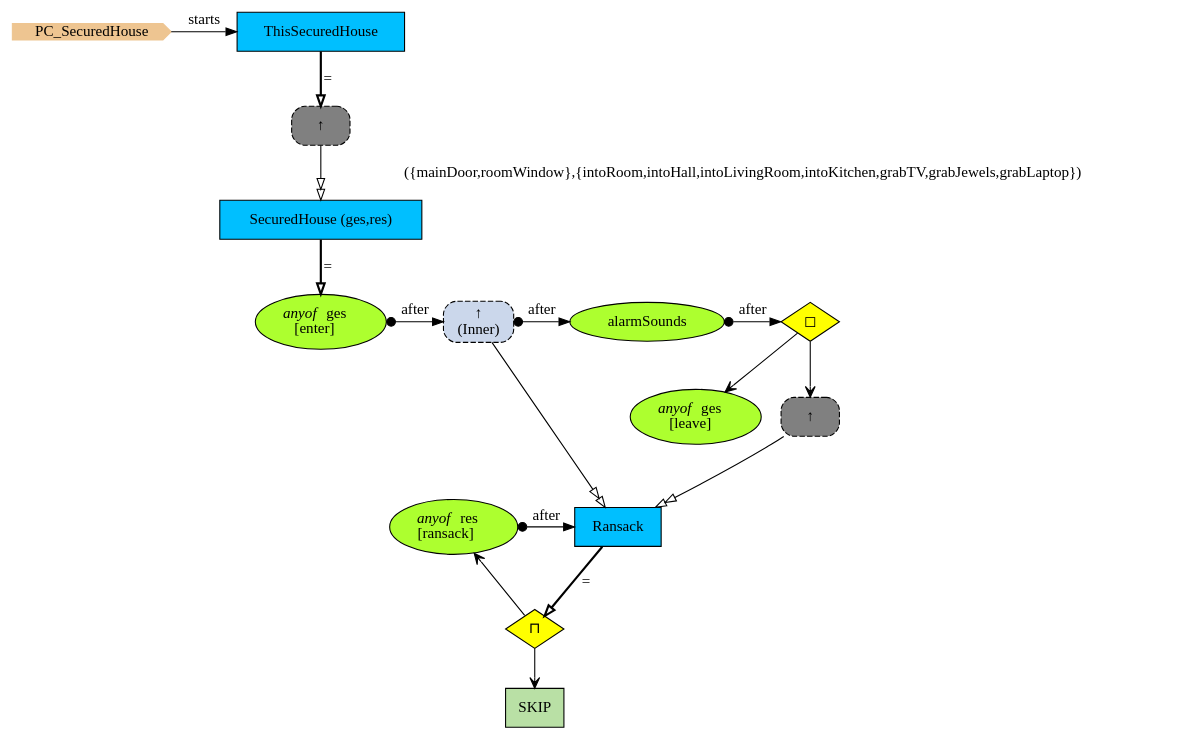
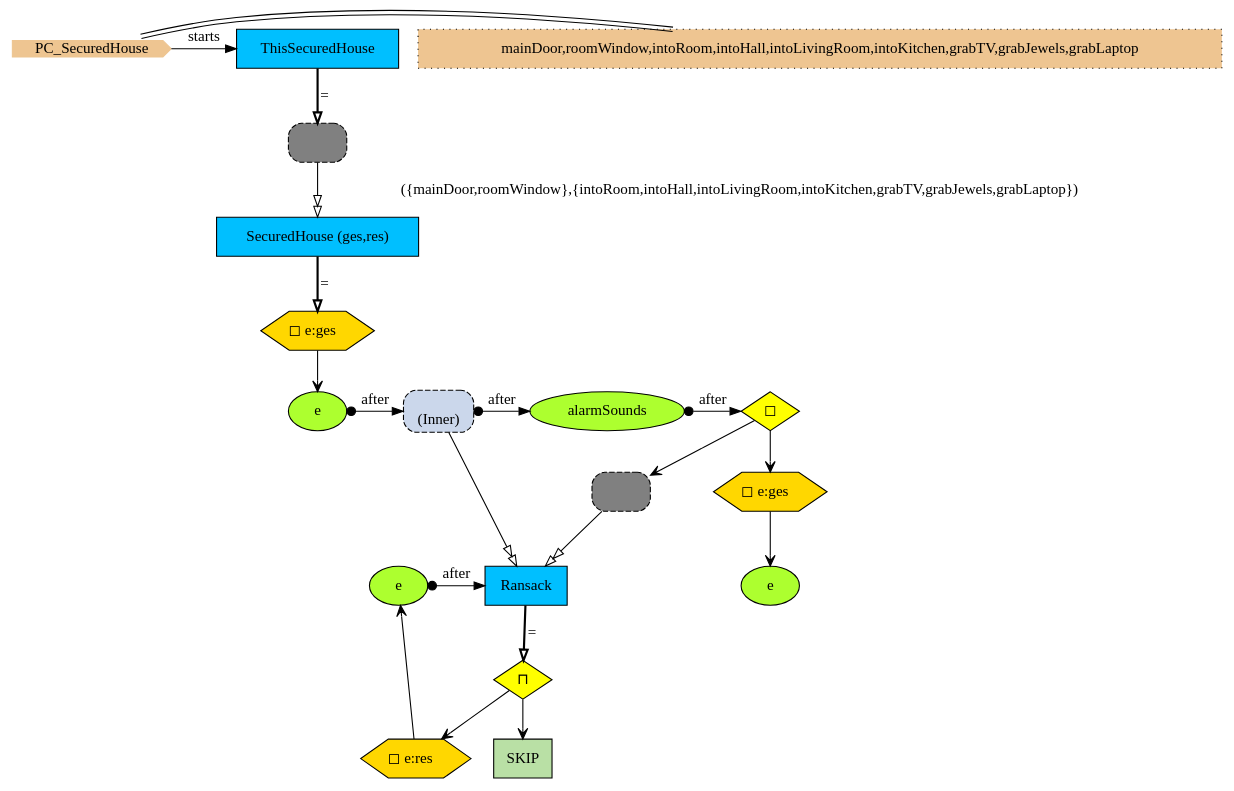
One commit to namalio/Fragmenta changed the diagram in Haskell/PCs/Examples/img/PC_SecuredHouse.gv. Above: the diagram before and after it, drawn with Graphviz. The commit also changed 100 other files, not shown here.

```diff
--- a/Haskell/PCs/Examples/img/PC_SecuredHouse.gv
+++ b/Haskell/PCs/Examples/img/PC_SecuredHouse.gv
@@ -1,39 +1,49 @@
 digraph {
+
 StartN_ [shape = cds,color=burlywood2,style=filled,height=.2,width=.2, label =PC_SecuredHouse];
-ThisSecuredHouse [shape=box,fillcolor=deepskyblue,style = filled,label="ThisSecuredHouse "];
+
+StartN__ps[shape=rect,fillcolor=burlywood2,style="filled,dotted",label="mainDoor,roomWindow,intoRoom,intoHall,intoLivingRoom,intoKitchen,grabTV,grabJewels,grabLaptop"];
+StartN_->StartN__ps [dir=none,color="black:invis:black"];
+{rank=same;StartN_,StartN__ps}
+RefSecuredHouse [shape=rectangle,fillcolor=gray,style="rounded,filled,dashed",label=""];
+enterQ [shape=hexagon,fillcolor=gold1,style=filled,label=<◻︎ e:ges>];
 SecuredHouse [shape=box,fillcolor=deepskyblue,style = filled,label="SecuredHouse (ges,res)"];
-Ransack [shape=box,fillcolor=deepskyblue,style = filled,label="Ransack "];
+Ransack [shape=box,fillcolor=deepskyblue,style = filled,label="Ransack"];
+ransack [shape=ellipse,fillcolor=greenyellow,style=filled,label="e"];
+RefRansack [shape=rectangle,fillcolor="#CBD7EB",style="rounded,filled,dashed",label="
+(Inner)"];
+OpFinal [shape=diamond,fillcolor=yellow,style=filled,label="◻︎"];
+leaveQ [shape=hexagon,fillcolor=gold1,style=filled,label=<◻︎ e:ges>];
+leave [shape=ellipse,fillcolor=greenyellow,style=filled,label="e"];
+RefRansack2 [shape=rectangle,fillcolor=gray,style="rounded,filled,dashed",label=""];
+alarmSounds [shape=ellipse,fillcolor=greenyellow,style=filled,label="alarmSounds"];
 SKIP [shape=box,fillcolor="#B9E0A5",style = filled,label="SKIP"];
-alarmSounds [shape=ellipse,fillcolor=greenyellow,style = filled,label="alarmSounds"];
-RefRansack2 [shape=rectangle,fillcolor=gray,style="rounded,filled,dashed",label="↑ "];
-leave [shape=ellipse,fillcolor=greenyellow,style = filled,label=<<I>anyof</I> ges<br/>[leave]>];
-OpFinal [shape=diamond,fillcolor=yellow,style = filled,label="◻︎"];
-RefRansack [shape=rectangle,fillcolor="#CBD7EB",style="rounded,filled,dashed",label="↑ 
-(Inner)"];
-ransack [shape=ellipse,fillcolor=greenyellow,style = filled,label=<<I>anyof</I> res<br/>[ransack]>];
-OpRansack [shape=diamond,fillcolor=yellow,style = filled,label="⊓"];
-enter [shape=ellipse,fillcolor=greenyellow,style = filled,label=<<I>anyof</I> ges<br/>[enter]>];
-RefSecuredHouse [shape=rectangle,fillcolor=gray,style="rounded,filled,dashed",label="↑ "];
+ransackQ [shape=hexagon,fillcolor=gold1,style=filled,label=<◻︎ e:res>];
+OpRansack [shape=diamond,fillcolor=yellow,style=filled,label="⊓"];
+enter [shape=ellipse,fillcolor=greenyellow,style=filled,label="e"];
+ThisSecuredHouse [shape=box,fillcolor=deepskyblue,style = filled,label="ThisSecuredHouse"];
 
 {rank=same;OpFinal,alarmSounds}
-{rank=same;alarmSounds,OpFinal,RefRansack}
+{rank=same;OpFinal,alarmSounds,RefRansack,enter}
 {rank=same;Ransack,ransack}
-{rank=same;RefRansack,alarmSounds,OpFinal,enter}
 {rank=same;ThisSecuredHouse,StartN_}
 
 alarmSounds->OpFinal[arrowtail=dot,dir=both,label="after"];
+leaveQ->leave[arrowhead="open"];
+RefRansack2->Ransack[arrowhead="normalnormal",fillcolor=white,label=" "];
+enter->RefRansack[arrowtail=dot,dir=both,label="after"];
+RefRansack->Ransack[arrowhead="normalnormal",fillcolor=white,label=" "];
+ransackQ->ransack[arrowhead="open"];
+enterQ->enter[arrowhead="open"];
+RefSecuredHouse->SecuredHouse[arrowhead="normalnormal",fillcolor=white,label=" ({mainDoor,roomWindow},{intoRoom,intoHall,intoLivingRoom,intoKitchen,grabTV,grabJewels,grabLaptop})"];
+OpRansack->ransackQ[arrowhead="open"];
+OpRansack->SKIP[arrowhead="open"];
+ransack->Ransack[arrowtail=dot,dir=both,label="after"];
+RefRansack->alarmSounds[arrowtail=dot,dir=both,label="after"];
 OpFinal->RefRansack2[arrowhead="open"];
-RefRansack->alarmSounds[arrowtail=dot,dir=both,label="after"];
-ransack->Ransack[arrowtail=dot,dir=both,label="after"];
-OpRansack->SKIP[arrowhead="open"];
-RefSecuredHouse->SecuredHouse[arrowhead="normalnormal",fillcolor=white,label=" ({mainDoor,roomWindow},{intoRoom,intoHall,intoLivingRoom,intoKitchen,grabTV,grabJewels,grabLaptop})"];
+OpFinal->leaveQ[arrowhead="open"];
+SecuredHouse->enterQ[arrowhead="onormal",penwidth=2,label="="];
+Ransack->OpRansack[arrowhead="onormal",penwidth=2,label="="];
 ThisSecuredHouse->RefSecuredHouse[arrowhead="onormal",penwidth=2,label="="];
-SecuredHouse->enter[arrowhead="onormal",penwidth=2,label="="];
-Ransack->OpRansack[arrowhead="onormal",penwidth=2,label="="];
 StartN_->ThisSecuredHouse[label="starts"];
-OpRansack->ransack[arrowhead="open"];
-RefRansack->Ransack[arrowhead="normalnormal",fillcolor=white,label=" "];
-enter->RefRansack[arrowtail=dot,dir=both,label="after"];
-RefRansack2->Ransack[arrowhead="normalnormal",fillcolor=white,label=" "];
-OpFinal->leave[arrowhead="open"];
 }
```
